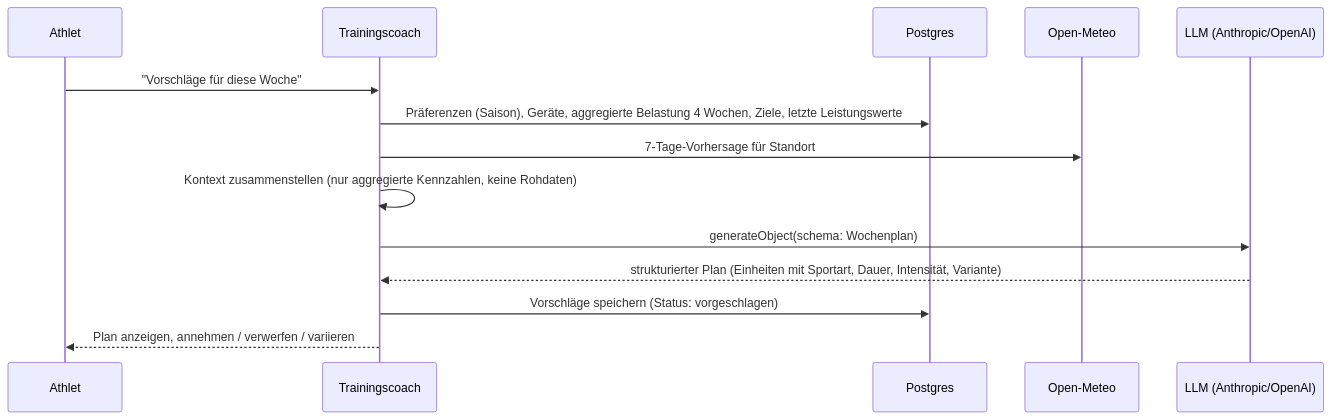
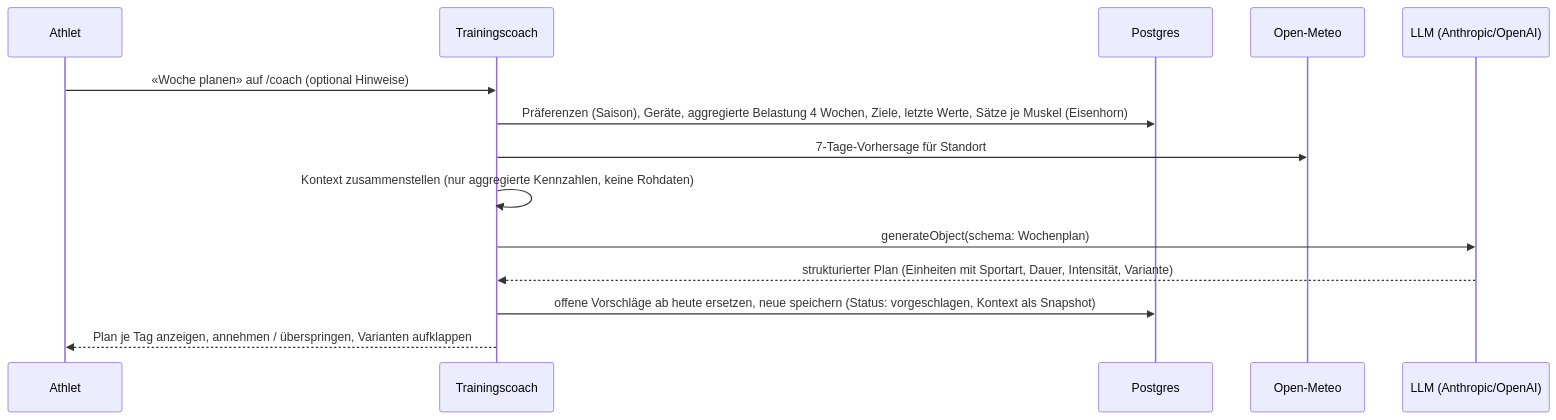
The sixth of 7 diagrams in docs/02-architektur.md (NeuhausD/trainingscoach), drawn with Mermaid before and after one commit. The commit also changed other lines of this file and 21 other files, not shown here.

First line of the commit message:
feat(coach): weekly plan from season, load, weather and Eisenhorn context (P6)

````diff
--- a/docs/02-architektur.md
+++ b/docs/02-architektur.md
@@ -182,16 +182,16 @@
 ```mermaid
 sequenceDiagram
     participant U as Athlet
     participant A as Trainingscoach
     participant DB as Postgres
     participant W as Open-Meteo
     participant L as LLM (Anthropic/OpenAI)
-    U->>A: "Vorschläge für diese Woche"
-    A->>DB: Präferenzen (Saison), Geräte, aggregierte Belastung 4 Wochen, Ziele, letzte Leistungswerte
+    U->>A: «Woche planen» auf /coach (optional Hinweise)
+    A->>DB: Präferenzen (Saison), Geräte, aggregierte Belastung 4 Wochen, Ziele, letzte Werte, Sätze je Muskel (Eisenhorn)
     A->>W: 7-Tage-Vorhersage für Standort
     A->>A: Kontext zusammenstellen (nur aggregierte Kennzahlen, keine Rohdaten)
     A->>L: generateObject(schema: Wochenplan)
     L-->>A: strukturierter Plan (Einheiten mit Sportart, Dauer, Intensität, Variante)
-    A->>DB: Vorschläge speichern (Status: vorgeschlagen)
-    A-->>U: Plan anzeigen, annehmen / verwerfen / variieren
+    A->>DB: offene Vorschläge ab heute ersetzen, neue speichern (Status: vorgeschlagen, Kontext als Snapshot)
+    A-->>U: Plan je Tag anzeigen, annehmen / überspringen, Varianten aufklappen
 ```
````
